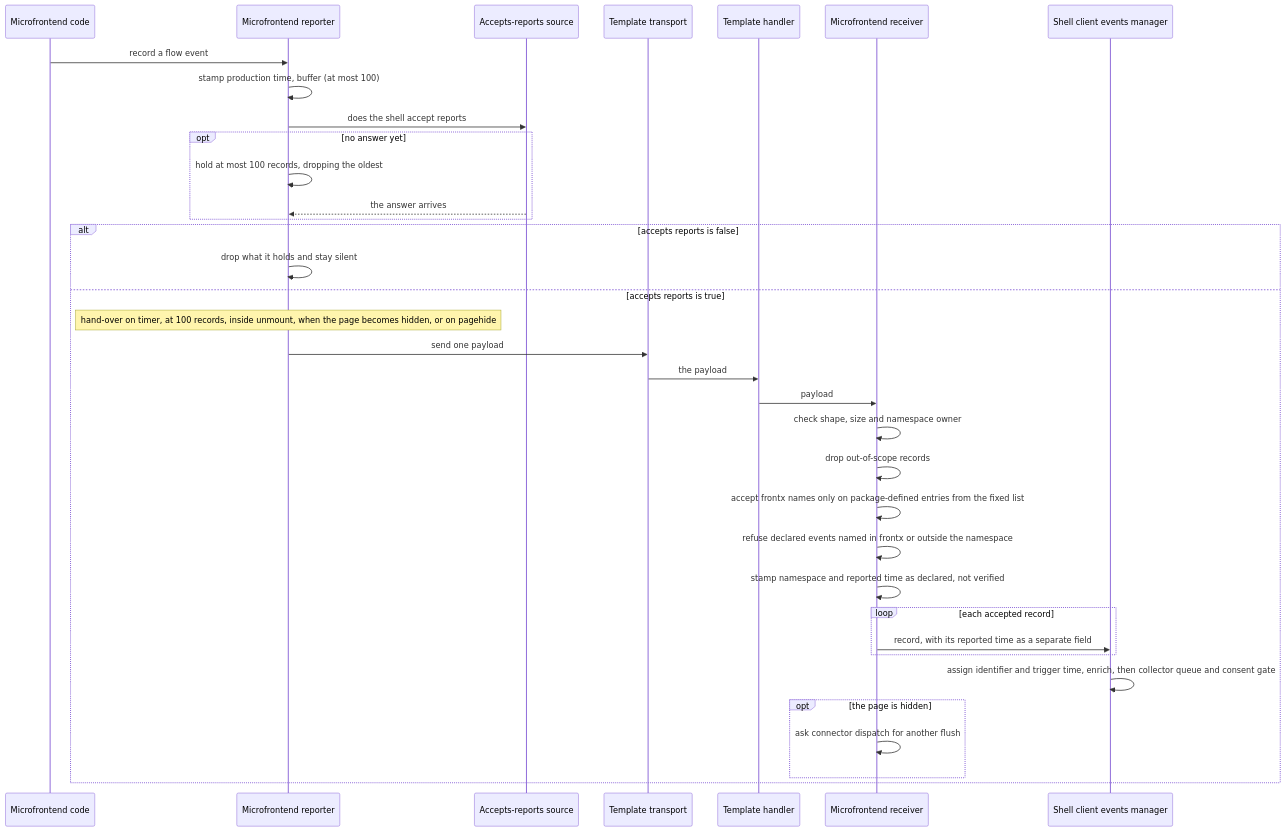
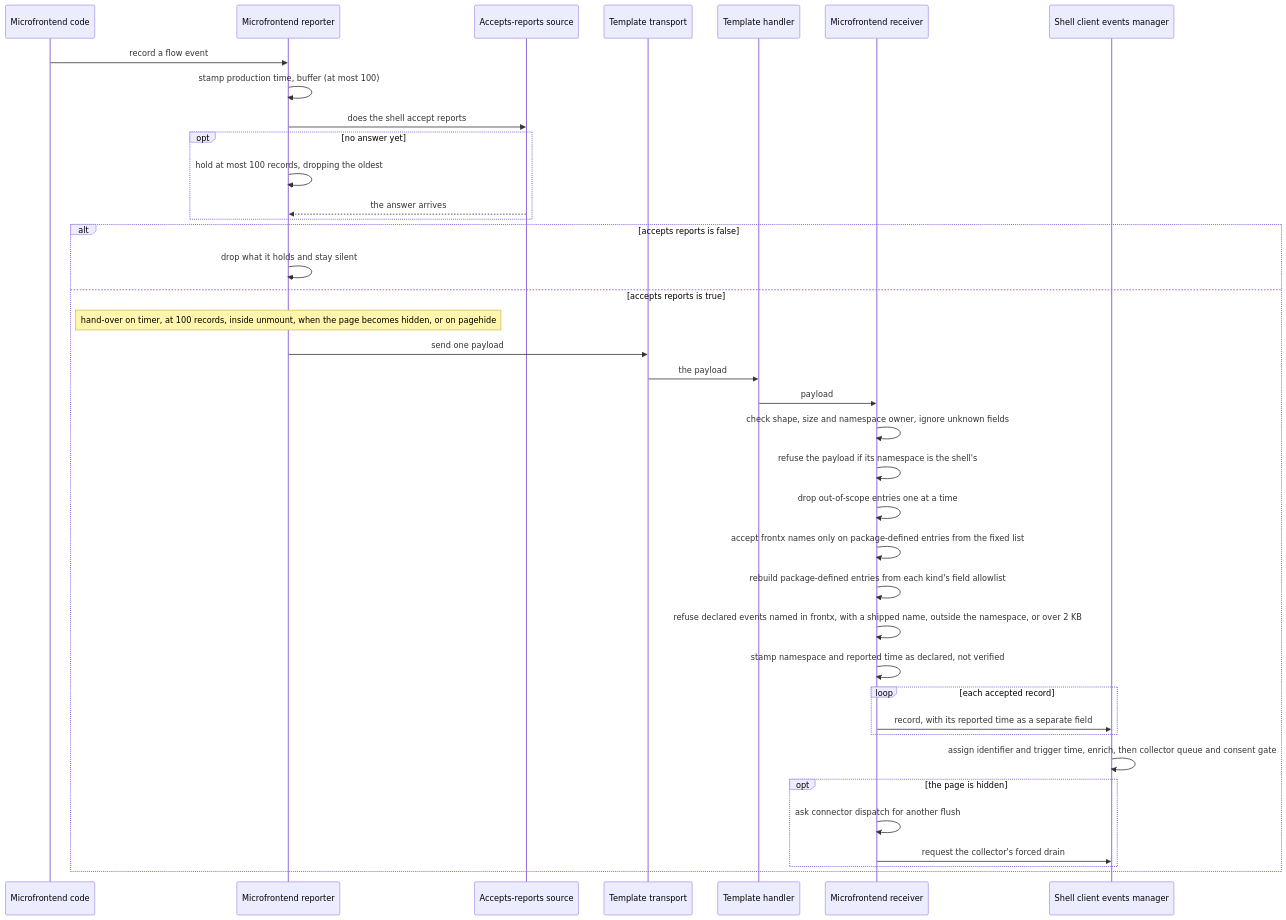
The sixth of 8 diagrams in packages/telemetry/architecture/DESIGN.md (tscbmstubp/gears-frontx), drawn with Mermaid before and after one commit. The commit also changed other lines of this file, not shown here.

````diff
--- a/packages/telemetry/architecture/DESIGN.md
+++ b/packages/telemetry/architecture/DESIGN.md
@@ -1052,37 +1082,40 @@
 ```mermaid
 sequenceDiagram
     participant Mfe as Microfrontend code
     participant Rep as Microfrontend reporter
     participant State as Accepts-reports source
     participant Rt as Template transport
     participant H as Template handler
     participant Rcv as Microfrontend receiver
     participant Ev as Shell client events manager
     Mfe->>Rep: record a flow event
     Rep->>Rep: stamp production time, buffer (at most 100)
     Rep->>State: does the shell accept reports
     opt no answer yet
         Rep->>Rep: hold at most 100 records, dropping the oldest
         State-->>Rep: the answer arrives
     end
     alt accepts reports is false
         Rep->>Rep: drop what it holds and stay silent
     else accepts reports is true
         Note over Rep: hand-over on timer, at 100 records, inside unmount, when the page becomes hidden, or on pagehide
         Rep->>Rt: send one payload
         Rt->>H: the payload
         H->>Rcv: payload
-        Rcv->>Rcv: check shape, size and namespace owner
-        Rcv->>Rcv: drop out-of-scope records
+        Rcv->>Rcv: check shape, size and namespace owner, ignore unknown fields
+        Rcv->>Rcv: refuse the payload if its namespace is the shell's
+        Rcv->>Rcv: drop out-of-scope entries one at a time
         Rcv->>Rcv: accept frontx names only on package-defined entries from the fixed list
-        Rcv->>Rcv: refuse declared events named in frontx or outside the namespace
+        Rcv->>Rcv: rebuild package-defined entries from each kind's field allowlist
+        Rcv->>Rcv: refuse declared events named in frontx, with a shipped name, outside the namespace, or over 2 KB
         Rcv->>Rcv: stamp namespace and reported time as declared, not verified
         loop each accepted record
             Rcv->>Ev: record, with its reported time as a separate field
         end
         Ev->>Ev: assign identifier and trigger time, enrich, then collector queue and consent gate
         opt the page is hidden
             Rcv->>Rcv: ask connector dispatch for another flush
+            Rcv->>Ev: request the collector's forced drain
         end
     end
 ```
````
